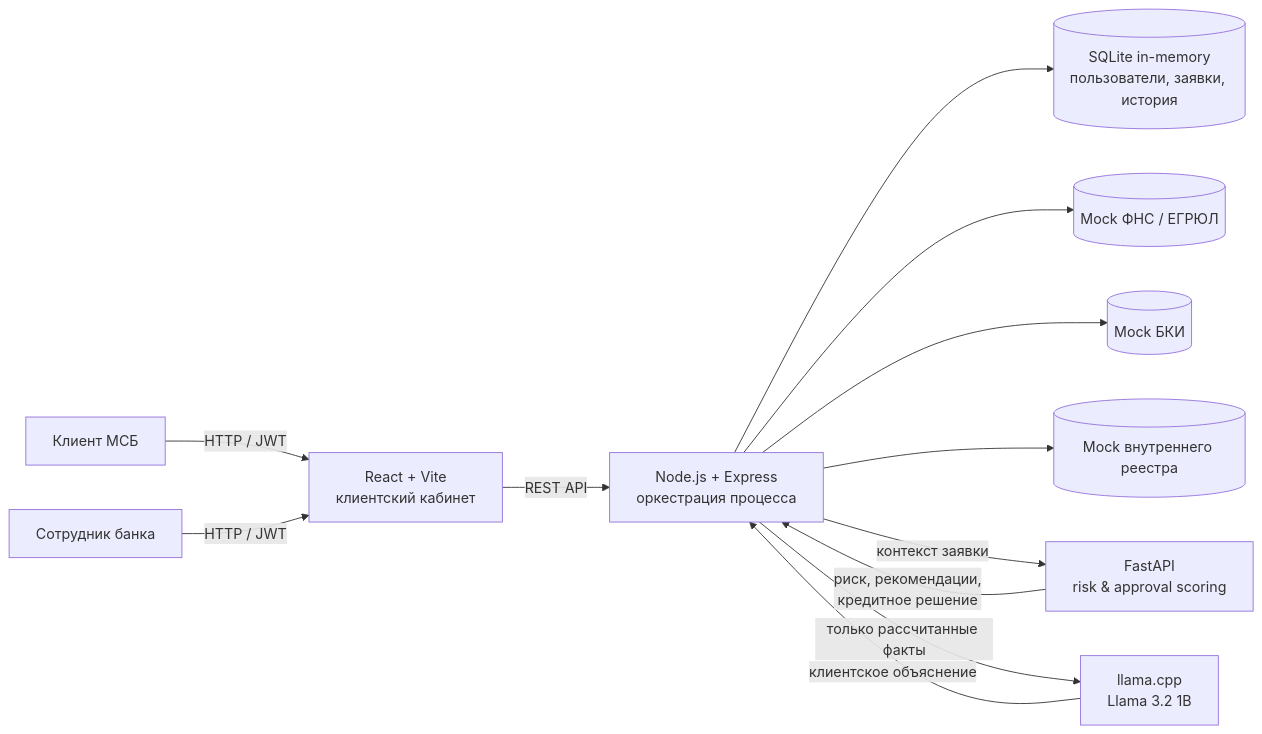
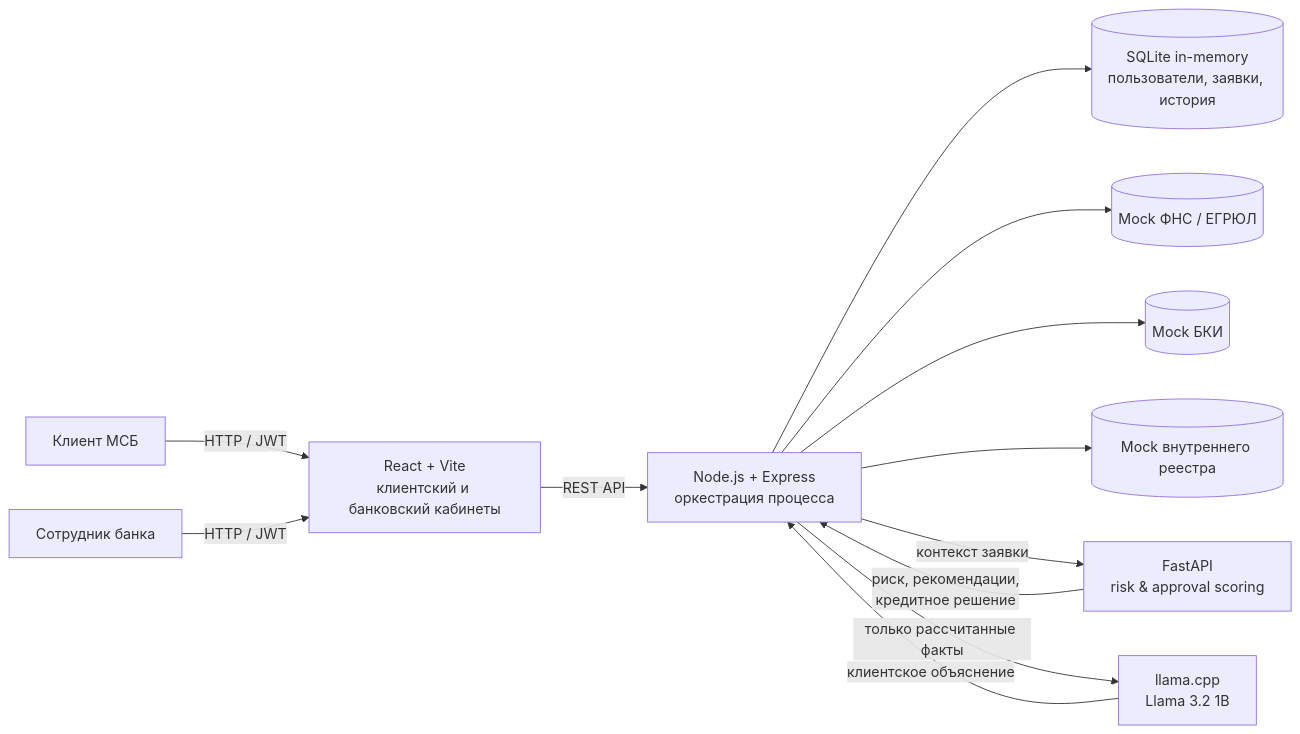
One commit to ProofMrNick/alfa_bank_hackathon changed the first of 3 diagrams in README.md. Above: the diagram before and after it, drawn with Mermaid. The commit also changed other lines of this file and 2 other files, not shown here.

````diff
--- a/README.md
+++ b/README.md
@@ -88,17 +83,17 @@
 ```mermaid
 flowchart LR
-    C[Клиент МСБ] -->|HTTP / JWT| F[React + Vite<br/>клиентский кабинет]
+    C[Клиент МСБ] -->|HTTP / JWT| F[React + Vite<br/>клиентский и банковский кабинеты]
     E[Сотрудник банка] -->|HTTP / JWT| F
     F -->|REST API| B[Node.js + Express<br/>оркестрация процесса]
 
     B --> DB[(SQLite in-memory<br/>пользователи, заявки, история)]
     B --> FNS[(Mock ФНС / ЕГРЮЛ)]
     B --> BKI[(Mock БКИ)]
     B --> IR[(Mock внутреннего реестра)]
 
     B -->|контекст заявки| S[FastAPI<br/>risk & approval scoring]
     S -->|риск, рекомендации,<br/>кредитное решение| B
 
     B -->|только рассчитанные факты| L[llama.cpp<br/>Llama 3.2 1B]
     L -->|клиентское объяснение| B
 ```
````
